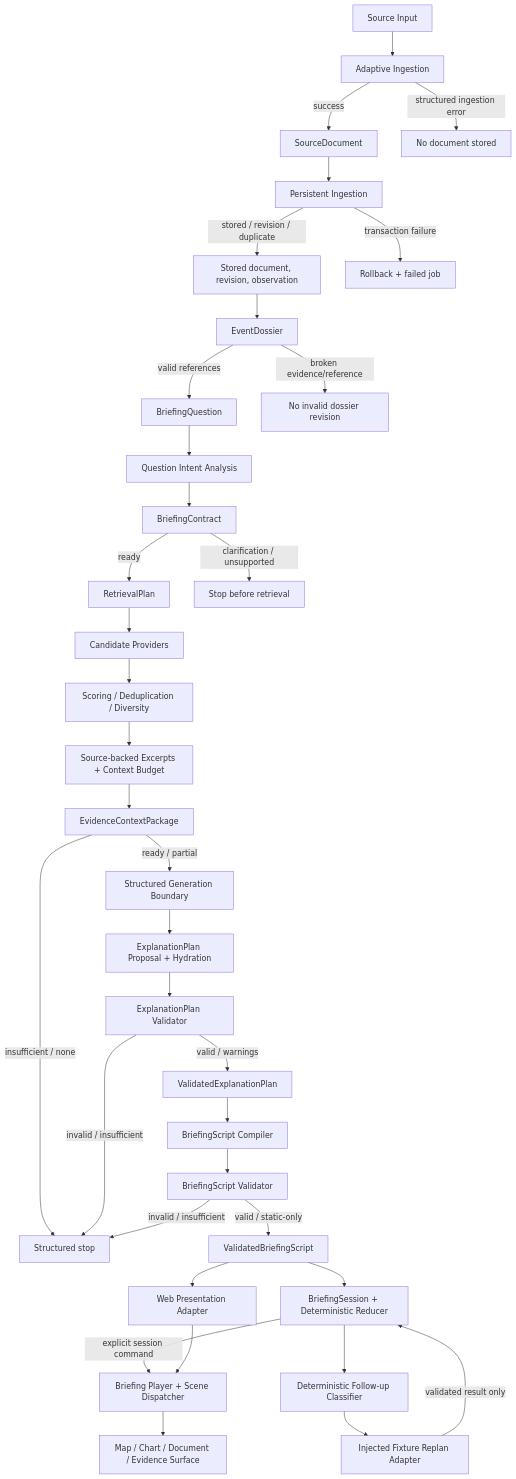
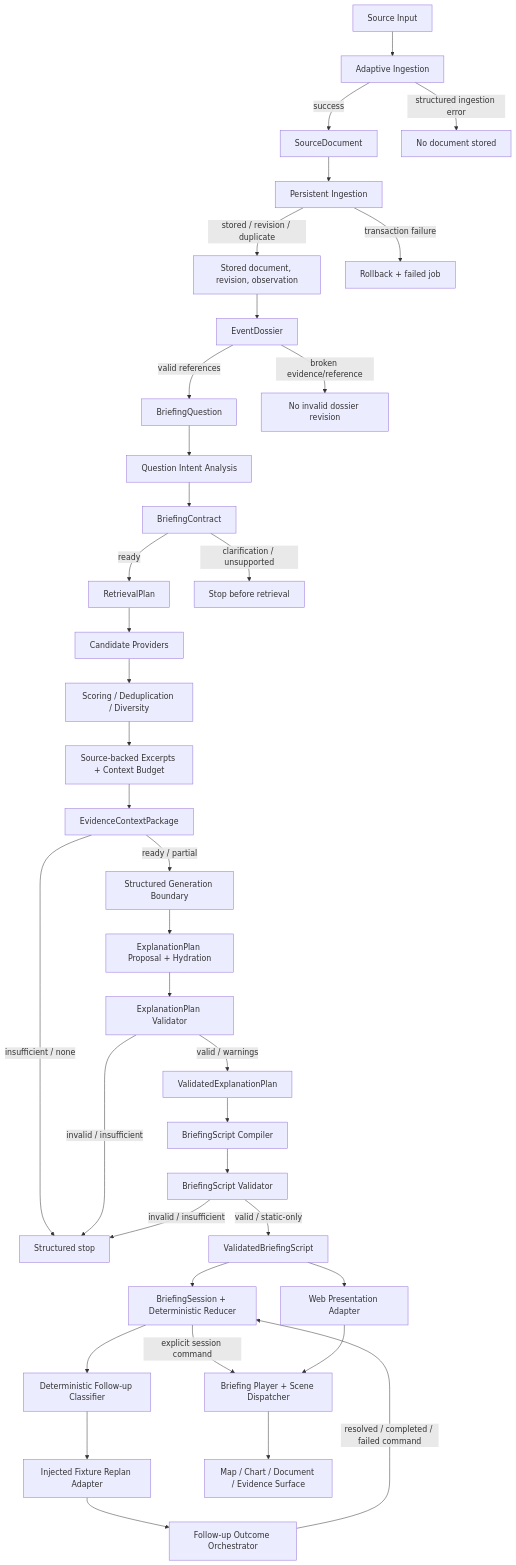
One commit to cooly12241113-glitch/world-news-ai changed the diagram in docs/architecture/End-to-End-Data-Flow.md. Above: the diagram before and after it, drawn with Mermaid. The commit also changed 24 other files, not shown here.

Commit message:
feat: add follow-up outcome orchestrator

````diff
--- a/docs/architecture/End-to-End-Data-Flow.md
+++ b/docs/architecture/End-to-End-Data-Flow.md
@@ -3,38 +3,39 @@
 ```mermaid
 flowchart TD
   S["Source Input"] --> I["Adaptive Ingestion"]
   I -->|success| D["SourceDocument"]
   I -->|structured ingestion error| IF["No document stored"]
   D --> P["Persistent Ingestion"]
   P -->|stored / revision / duplicate| R["Stored document, revision, observation"]
   P -->|transaction failure| PF["Rollback + failed job"]
   R --> E["EventDossier"]
   E -->|valid references| Q["BriefingQuestion"]
   E -->|broken evidence/reference| EF["No invalid dossier revision"]
   Q --> A["Question Intent Analysis"]
   A --> C["BriefingContract"]
   C -->|ready| RP["RetrievalPlan"]
   C -->|clarification / unsupported| CF["Stop before retrieval"]
   RP --> CP["Candidate Providers"]
   CP --> SD["Scoring / Deduplication / Diversity"]
   SD --> X["Source-backed Excerpts + Context Budget"]
   X --> EC["EvidenceContextPackage"]
   EC -->|ready / partial| GP["Structured Generation Boundary"]
   EC -->|insufficient / none| ES["Structured stop"]
   GP --> EP["ExplanationPlan Proposal + Hydration"]
   EP --> EV["ExplanationPlan Validator"]
   EV -->|valid / warnings| VP["ValidatedExplanationPlan"]
   EV -->|invalid / insufficient| ES["Structured stop"]
   VP --> SC["BriefingScript Compiler"]
   SC --> SV["BriefingScript Validator"]
   SV -->|valid / static-only| VS["ValidatedBriefingScript"]
   SV -->|invalid / insufficient| ES
   VS --> WA["Web Presentation Adapter"]
   VS --> BS["BriefingSession + Deterministic Reducer"]
   BS --> FU["Deterministic Follow-up Classifier"]
   FU --> RA["Injected Fixture Replan Adapter"]
-  RA -->|validated result only| BS
+  RA --> FO["Follow-up Outcome Orchestrator"]
+  FO -->|resolved / completed / failed command| BS
   BS -->|explicit session command| BP
   WA --> BP["Briefing Player + Scene Dispatcher"]
   BP --> F["Map / Chart / Document / Evidence Surface"]
 ```
````
